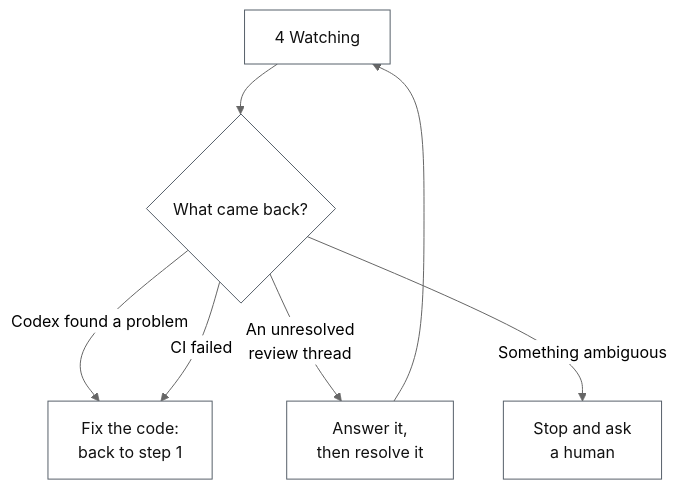
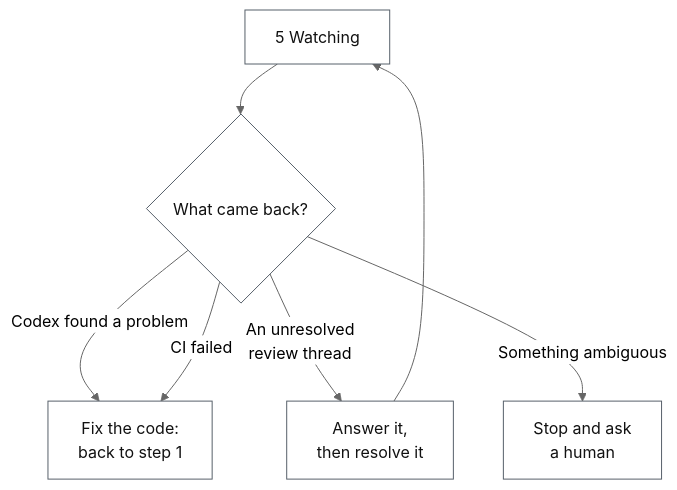
The second of 2 diagrams in docs/review-flow.md (fengjiachun/review-bridge), drawn with Mermaid (neutral theme) before and after one commit. The commit also changed other lines of this file and 4 other files, not shown here.

````diff
--- a/docs/review-flow.md
+++ b/docs/review-flow.md
@@ -111,11 +117,11 @@
 ```mermaid
 flowchart TD
-  E["4 Watching"] --> Q{"What came back?"}
+  E["5 Watching"] --> Q{"What came back?"}
   Q -->|"Codex found a problem"| R1["Fix the code:<br/>back to step 1"]
   Q -->|"CI failed"| R1
   Q -->|"An unresolved<br/>review thread"| R2["Answer it,<br/>then resolve it"]
   Q -->|"Something ambiguous"| R3["Stop and ask<br/>a human"]
   R2 --> E
   classDef n fill:#ffffff,stroke:#57606a,stroke-width:1px,color:#111111;
   class E,Q,R1,R2,R3 n;
 ```
````
